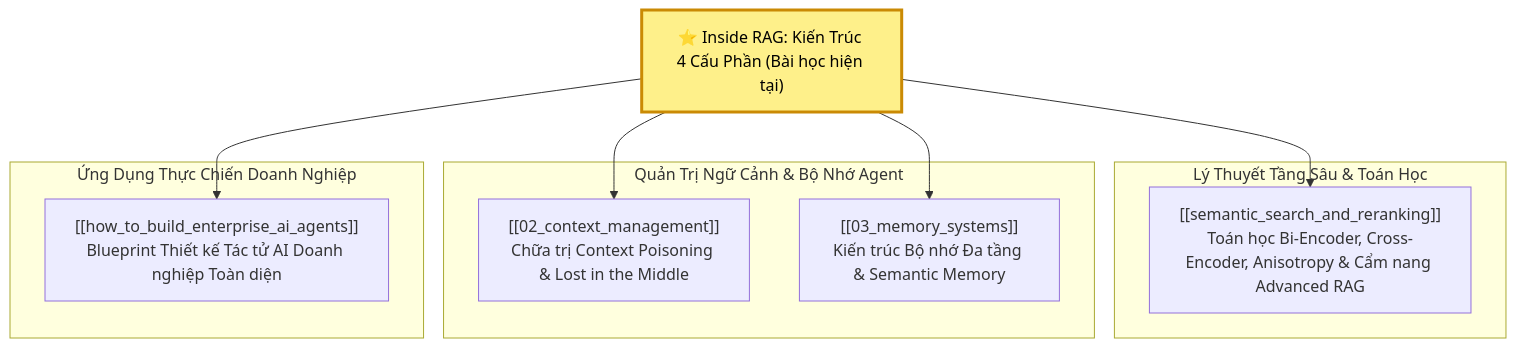
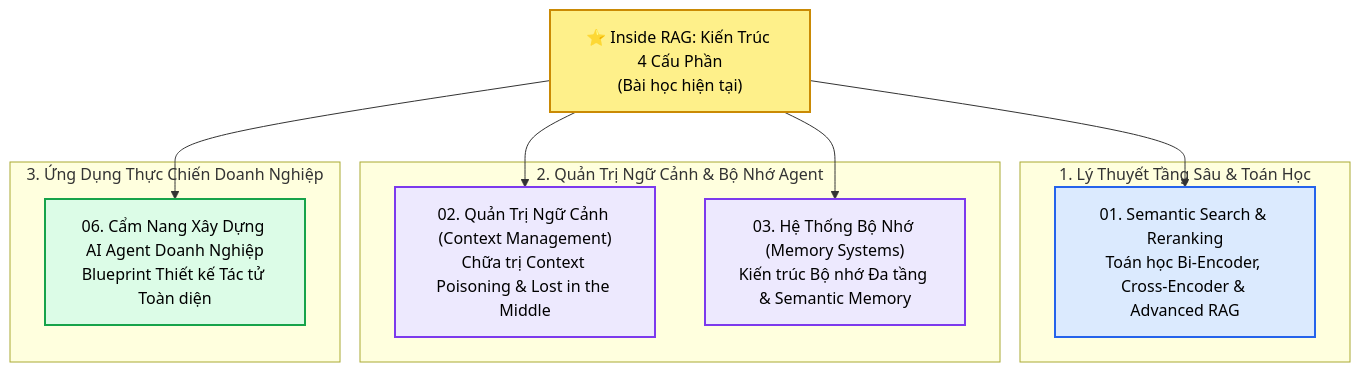
Before and after one commit to LeNguyenHaiDuong/agent_course: the tenth of 10 diagrams in 01-research-and-foundations/03-semantic-search/02_rag_architecture_and_components.md, drawn with Mermaid. The commit also changed other lines of this file and 13 other files, not shown here.

Commit message:
fix(links): resolve broken wikilinks after note renames and improve mermaid styling

````diff
--- a/01-research-and-foundations/03-semantic-search/02_rag_architecture_and_components.md
+++ b/01-research-and-foundations/03-semantic-search/02_rag_architecture_and_components.md
@@ -543,24 +543,28 @@
 ```mermaid
 flowchart TD
-    CurrentNode["⭐ Inside RAG: Kiến Trúc 4 Cấu Phần (Bài học hiện tại)"]
+    CurrentNode["⭐ Inside RAG: Kiến Trúc 4 Cấu Phần<br>(Bài học hiện tại)"]
 
-    subgraph DeepDive1["Lý Thuyết Tầng Sâu & Toán Học"]
-        SS_Note["[[semantic_search_and_reranking]]<br>Toán học Bi-Encoder, Cross-Encoder, Anisotropy & Cẩm nang Advanced RAG"]
+    subgraph DeepDive1["1. Lý Thuyết Tầng Sâu & Toán Học"]
+        SS_Note["01. Semantic Search & Reranking<br>Toán học Bi-Encoder, Cross-Encoder & Advanced RAG"]
     end
 
-    subgraph DeepDive2["Quản Trị Ngữ Cảnh & Bộ Nhớ Agent"]
-        Ctx_Note["[[02_context_management]]<br>Chữa trị Context Poisoning & Lost in the Middle"]
-        Mem_Note["[[03_memory_systems]]<br>Kiến trúc Bộ nhớ Đa tầng & Semantic Memory"]
+    subgraph DeepDive2["2. Quản Trị Ngữ Cảnh & Bộ Nhớ Agent"]
+        Ctx_Note["02. Quản Trị Ngữ Cảnh (Context Management)<br>Chữa trị Context Poisoning & Lost in the Middle"]
+        Mem_Note["03. Hệ Thống Bộ Nhớ (Memory Systems)<br>Kiến trúc Bộ nhớ Đa tầng & Semantic Memory"]
     end
 
-    subgraph DeepDive3["Ứng Dụng Thực Chiến Doanh Nghiệp"]
-        Ent_Note["[[how_to_build_enterprise_ai_agents]]<br>Blueprint Thiết kế Tác tử AI Doanh nghiệp Toàn diện"]
+    subgraph DeepDive3["3. Ứng Dụng Thực Chiến Doanh Nghiệp"]
+        Ent_Note["06. Cẩm Nang Xây Dựng AI Agent Doanh Nghiệp<br>Blueprint Thiết kế Tác tử Toàn diện"]
     end
 
     CurrentNode --> SS_Note
     CurrentNode --> Ctx_Note
     CurrentNode --> Mem_Note
     CurrentNode --> Ent_Note
 
-    style CurrentNode fill:#fef08a,stroke:#ca8a04,stroke-width:3px,color:#000000
+    style CurrentNode fill:#fef08a,stroke:#ca8a04,stroke-width:2px,color:#000000
+    style SS_Note fill:#dbeafe,stroke:#2563eb,stroke-width:2px,color:#000000
+    style Ctx_Note fill:#ede9fe,stroke:#7c3aed,stroke-width:2px,color:#000000
+    style Mem_Note fill:#ede9fe,stroke:#7c3aed,stroke-width:2px,color:#000000
+    style Ent_Note fill:#dcfce7,stroke:#16a34a,stroke-width:2px,color:#000000
 ```
````
